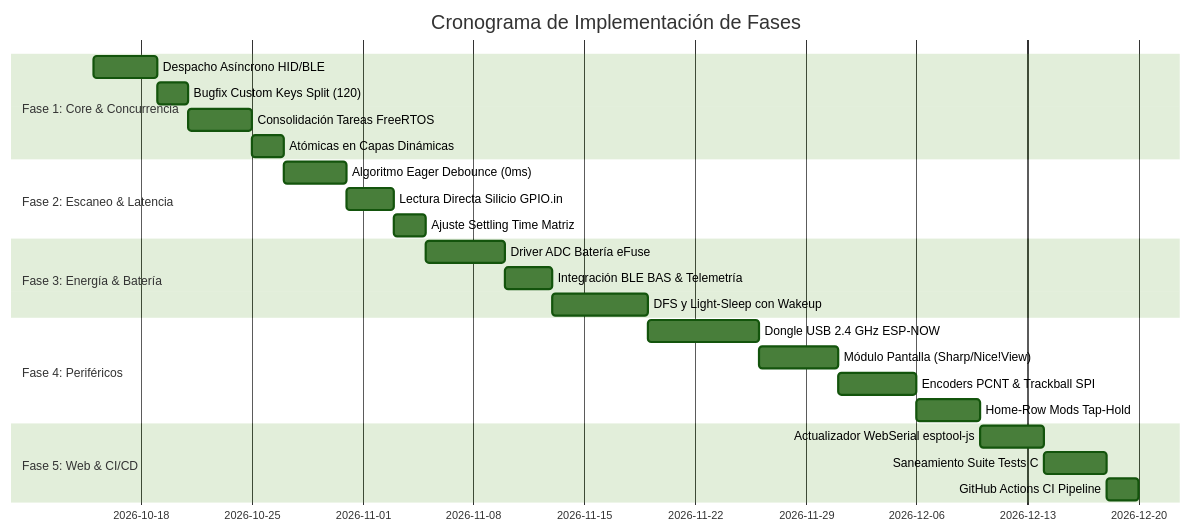
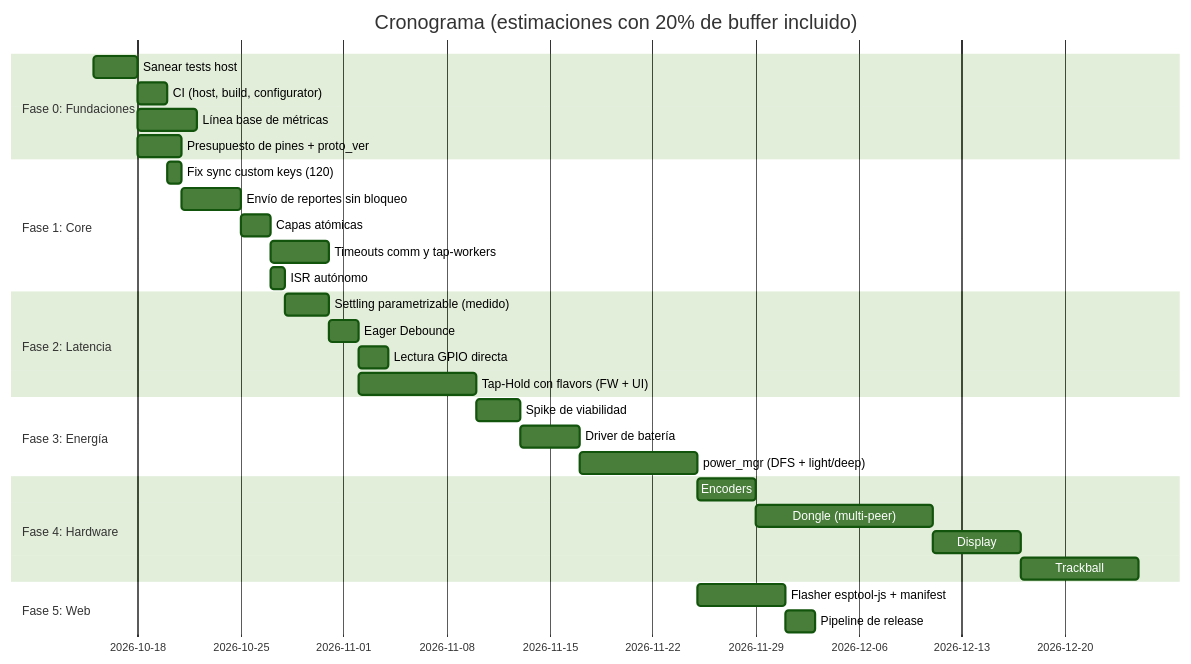
One commit to TecleadosAr/Tecleados-ESP-Firmware-Theo-Local changed the second of 2 diagrams in implementations/FIRMWARE_EVOLUTION_IMPLEMENTATION_PLAN.md. Above: the diagram before and after it, drawn with Mermaid (forest theme). The commit also changed other lines of this file, not shown here.

````diff
--- a/implementations/FIRMWARE_EVOLUTION_IMPLEMENTATION_PLAN.md
+++ b/implementations/FIRMWARE_EVOLUTION_IMPLEMENTATION_PLAN.md
@@ -307,27 +283,33 @@
 ```mermaid
 gantt
-    title Cronograma de Implementación de Fases
+    title Cronograma (estimaciones con 20% de buffer incluido)
     dateFormat  YYYY-MM-DD
-    section Fase 1: Core & Concurrencia
-    Despacho Asíncrono HID/BLE       :f1_1, 2026-10-15, 4d
-    Bugfix Custom Keys Split (120)  :f1_2, after f1_1, 2d
-    Consolidación Tareas FreeRTOS    :f1_3, after f1_2, 4d
-    Atómicas en Capas Dinámicas      :f1_4, after f1_3, 2d
-    section Fase 2: Escaneo & Latencia
-    Algoritmo Eager Debounce (0ms)   :f2_1, after f1_4, 4d
-    Lectura Directa Silicio GPIO.in  :f2_2, after f2_1, 3d
-    Ajuste Settling Time Matriz      :f2_3, after f2_2, 2d
-    section Fase 3: Energía & Batería
-    Driver ADC Batería eFuse         :f3_1, after f2_3, 5d
-    Integración BLE BAS & Telemetría :f3_2, after f3_1, 3d
-    DFS y Light-Sleep con Wakeup     :f3_3, after f3_2, 6d
-    section Fase 4: Periféricos
-    Dongle USB 2.4 GHz ESP-NOW       :f4_1, after f3_3, 7d
-    Módulo Pantalla (Sharp/Nice!View):f4_2, after f4_1, 5d
-    Encoders PCNT & Trackball SPI    :f4_3, after f4_2, 5d
-    Home-Row Mods Tap-Hold           :f4_4, after f4_3, 4d
-    section Fase 5: Web & CI/CD
-    Actualizador WebSerial esptool-js:f5_1, after f4_4, 4d
-    Saneamiento Suite Tests C        :f5_2, after f5_1, 4d
-    GitHub Actions CI Pipeline       :f5_3, after f5_2, 2d
+    section Fase 0: Fundaciones
+    Sanear tests host                :f0_1, 2026-10-15, 3d
+    CI (host, build, configurator)   :f0_2, after f0_1, 2d
+    Línea base de métricas           :f0_3, after f0_1, 4d
+    Presupuesto de pines + proto_ver :f0_4, after f0_1, 3d
+    section Fase 1: Core
+    Fix sync custom keys (120)       :f1_1, after f0_2, 1d
+    Envío de reportes sin bloqueo    :f1_2, after f1_1, 4d
+    Capas atómicas                   :f1_3, after f1_2, 2d
+    Timeouts comm y tap-workers      :f1_4, after f1_3, 4d
+    ISR autónomo                     :f1_5, after f1_3, 1d
+    section Fase 2: Latencia
+    Settling parametrizable (medido) :f2_1, after f1_5, 3d
+    Eager Debounce                   :f2_2, after f2_1, 2d
+    Lectura GPIO directa             :f2_3, after f2_2, 2d
+    Tap-Hold con flavors (FW + UI)   :f2_4, after f2_2, 8d
+    section Fase 3: Energía
+    Spike de viabilidad              :f3_0, after f2_4, 3d
+    Driver de batería                :f3_1, after f3_0, 4d
+    power_mgr (DFS + light/deep)     :f3_2, after f3_1, 8d
+    section Fase 4: Hardware
+    Encoders                         :f4_1, after f3_2, 4d
+    Dongle (multi-peer)              :f4_2, after f4_1, 12d
+    Display                          :f4_3, after f4_2, 6d
+    Trackball                        :f4_4, after f4_3, 8d
+    section Fase 5: Web
+    Flasher esptool-js + manifest    :f5_1, after f3_2, 6d
+    Pipeline de release              :f5_2, after f5_1, 2d
 ```
````
